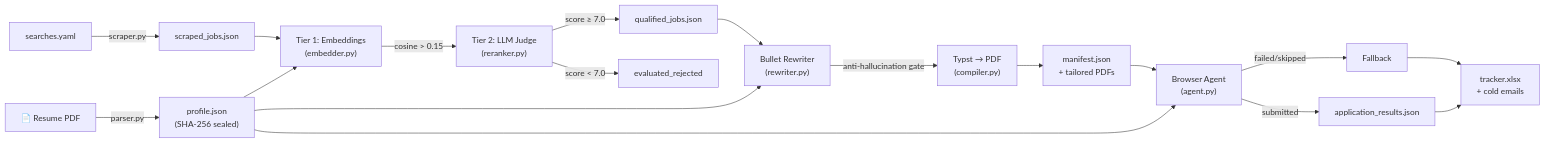
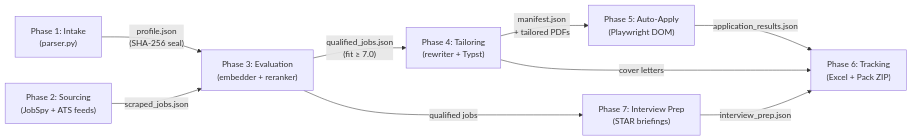
One commit to aryanmehra0/jobagent changed the diagram in ARCHITECTURE.md. Above: the diagram before and after it, drawn with Mermaid. The commit also changed other lines of this file, not shown here.

Commit message:
docs: update ARCHITECTURE.md to v0.3.0 covering 7 phases, 26 CLI commands, and 506 tests

````diff
--- a/ARCHITECTURE.md
+++ b/ARCHITECTURE.md
@@ -168,20 +179,11 @@
 ```mermaid
 flowchart LR
-    A["📄 Resume PDF"] -->|"parser.py"| B["profile.json\n(SHA-256 sealed)"]
-    C["searches.yaml"] -->|"scraper.py"| D["scraped_jobs.json"]
-    B --> E["Tier 1: Embeddings\n(embedder.py)"]
-    D --> E
-    E -->|"cosine > 0.15"| F["Tier 2: LLM Judge\n(reranker.py)"]
-    F -->|"score ≥ 7.0"| G["qualified_jobs.json"]
-    F -->|"score < 7.0"| H["evaluated_rejected"]
-    B --> I["Bullet Rewriter\n(rewriter.py)"]
-    G --> I
-    I -->|"anti-hallucination gate"| J["Typst → PDF\n(compiler.py)"]
-    J --> K["manifest.json\n+ tailored PDFs"]
-    B --> L["Browser Agent\n(agent.py)"]
-    K --> L
-    L -->|"submitted"| M["application_results.json"]
-    L -->|"failed/skipped"| N["Fallback"]
-    M --> O["tracker.xlsx\n+ cold emails"]
-    N --> O
+    A["Phase 1: Intake\n(parser.py)"] -->|"profile.json\n(SHA-256 seal)"| B["Phase 3: Evaluation\n(embedder + reranker)"]
+    C["Phase 2: Sourcing\n(JobSpy + ATS feeds)"] -->|"scraped_jobs.json"| B
+    B -->|"qualified_jobs.json\n(fit ≥ 7.0)"| D["Phase 4: Tailoring\n(rewriter + Typst)"]
+    D -->|"manifest.json\n+ tailored PDFs"| E["Phase 5: Auto-Apply\n(Playwright DOM)"]
+    E -->|"application_results.json"| F["Phase 6: Tracking\n(Excel + Pack ZIP)"]
+    D -->|"cover letters"| F
+    B -->|"qualified jobs"| G["Phase 7: Interview Prep\n(STAR briefings)"]
+    G -->|"interview_prep.json"| F
 ```
````
